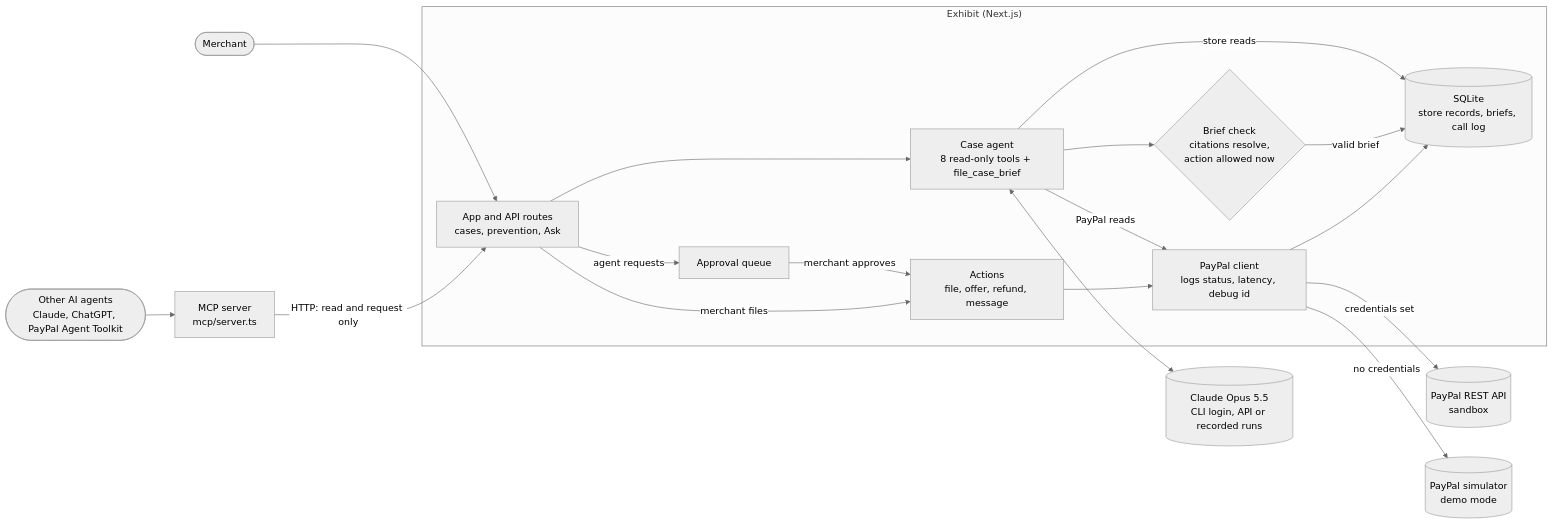
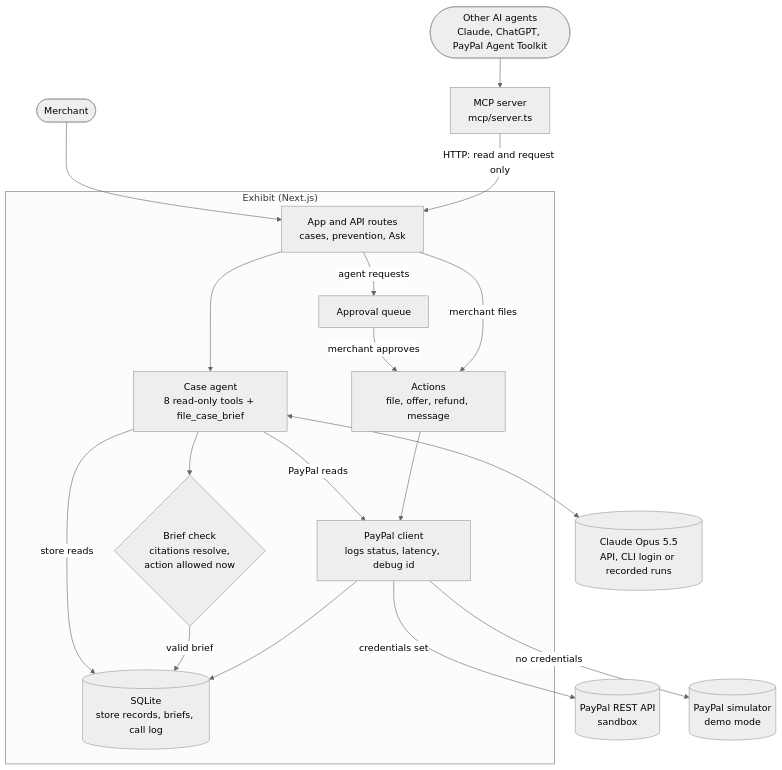
One commit to exhibitlabs/exhibit changed the diagram in README.md. Above: the diagram before and after it, drawn with Mermaid (neutral theme). The commit also changed other lines of this file and 51 other files, not shown here.

````diff
--- a/README.md
+++ b/README.md
@@ -88,35 +303,35 @@
 ```mermaid
-flowchart LR
+flowchart TB
   merchant(["Merchant"])
   agents(["Other AI agents<br/>Claude, ChatGPT, PayPal Agent Toolkit"])
   mcp["MCP server<br/>mcp/server.ts"]
   subgraph app["Exhibit (Next.js)"]
     ui["App and API routes<br/>cases, prevention, Ask"]
     agent["Case agent<br/>8 read-only tools + file_case_brief"]
     check{"Brief check<br/>citations resolve,<br/>action allowed now"}
     queue["Approval queue"]
     actions["Actions<br/>file, offer, refund, message"]
     client["PayPal client<br/>logs status, latency, debug id"]
     db[("SQLite<br/>store records, briefs, call log")]
   end
-  claude[("Claude Opus 5.5<br/>CLI login, API or recorded runs")]
+  claude[("Claude Opus 5.5<br/>API, CLI login or recorded runs")]
   paypal[("PayPal REST API<br/>sandbox")]
   sim[("PayPal simulator<br/>demo mode")]
 
   merchant --> ui
   agents --> mcp
   mcp -->|"HTTP: read and request only"| ui
   ui --> agent
   agent <--> claude
   agent -->|"PayPal reads"| client
   agent -->|"store reads"| db
   agent --> check
   check -->|"valid brief"| db
   ui -->|"agent requests"| queue
   queue -->|"merchant approves"| actions
   ui -->|"merchant files"| actions
   actions --> client
   client -->|"credentials set"| paypal
   client -->|"no credentials"| sim
   client --> db
 ```
````
